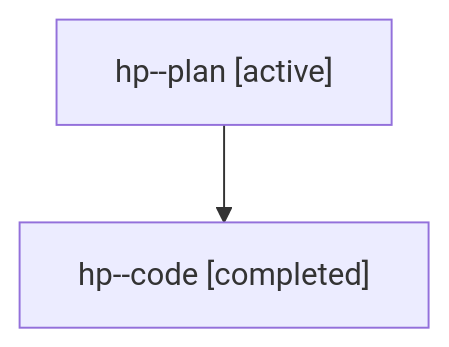
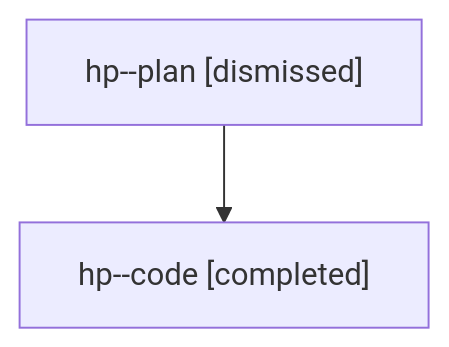
One commit to sase-org/sase--agents changed the diagram in sessions/bbugyi200.athena.hp.md. Above: the diagram before and after it, drawn with Mermaid. The commit also changed other lines of this file and 39 other files, not shown here.

````diff
--- a/sessions/bbugyi200.athena.hp.md
+++ b/sessions/bbugyi200.athena.hp.md
@@ -9,6 +9,6 @@
 ```mermaid
 flowchart TD
-  n0["hp--plan [active]"]
+  n0["hp--plan [dismissed]"]
   n1["hp--code [completed]"]
   n0 --> n1
 ```
````
